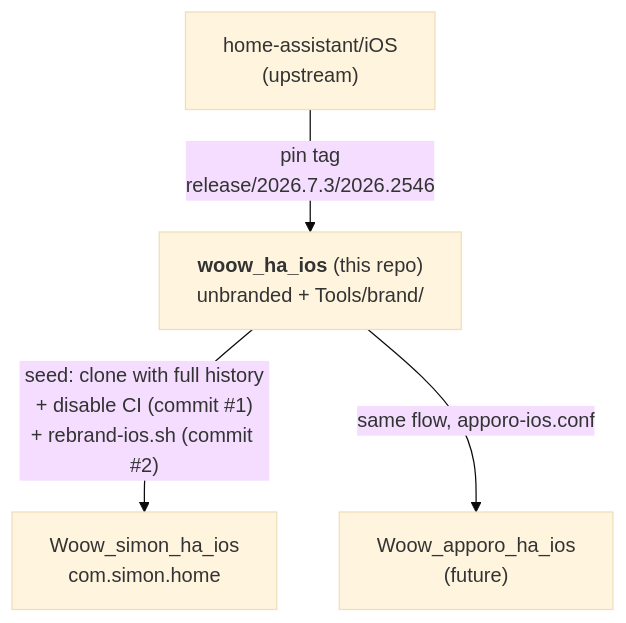
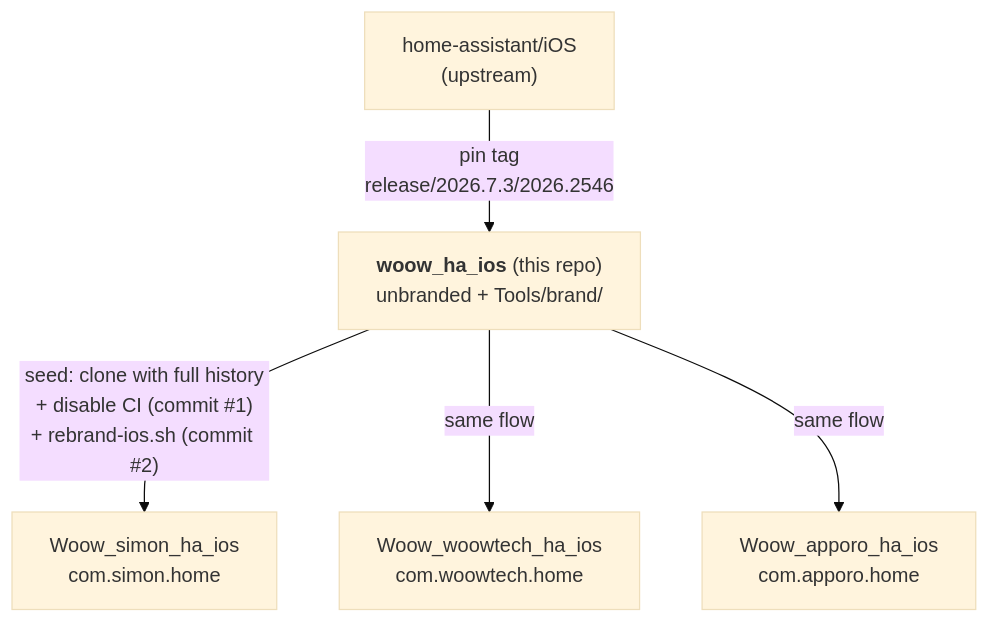
One commit to WOOWTECH/woow_ha_ios changed the first of 2 diagrams in README.md. Above: the diagram before and after it, drawn with Mermaid (base theme). The commit also changed other lines of this file and 1 other file, not shown here.

````diff
--- a/README.md
+++ b/README.md
@@ -44,6 +47,7 @@
 ```mermaid
 flowchart TB
     UP["home-assistant/iOS<br/>(upstream)"] -- "pin tag<br/>release/2026.7.3/2026.2546" --> BASE["<b>woow_ha_ios</b> (this repo)<br/>unbranded + Tools/brand/"]
     BASE -- "seed: clone with full history<br/>+ disable CI (commit #1)<br/>+ rebrand-ios.sh (commit #2)" --> SIMON["Woow_simon_ha_ios<br/>com.simon.home"]
-    BASE -- "same flow, apporo-ios.conf" --> APPORO["Woow_apporo_ha_ios<br/>(future)"]
+    BASE -- "same flow" --> WT["Woow_woowtech_ha_ios<br/>com.woowtech.home"]
+    BASE -- "same flow" --> APPORO["Woow_apporo_ha_ios<br/>com.apporo.home"]
 ```
````
